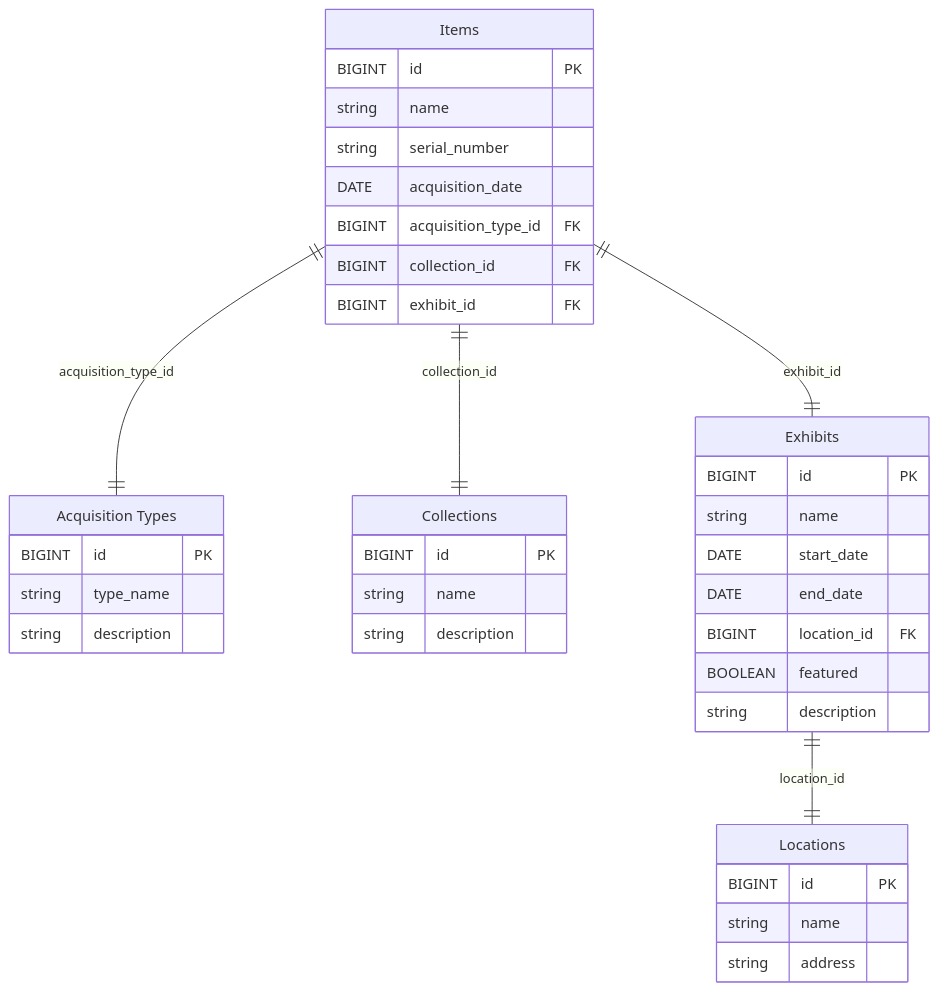
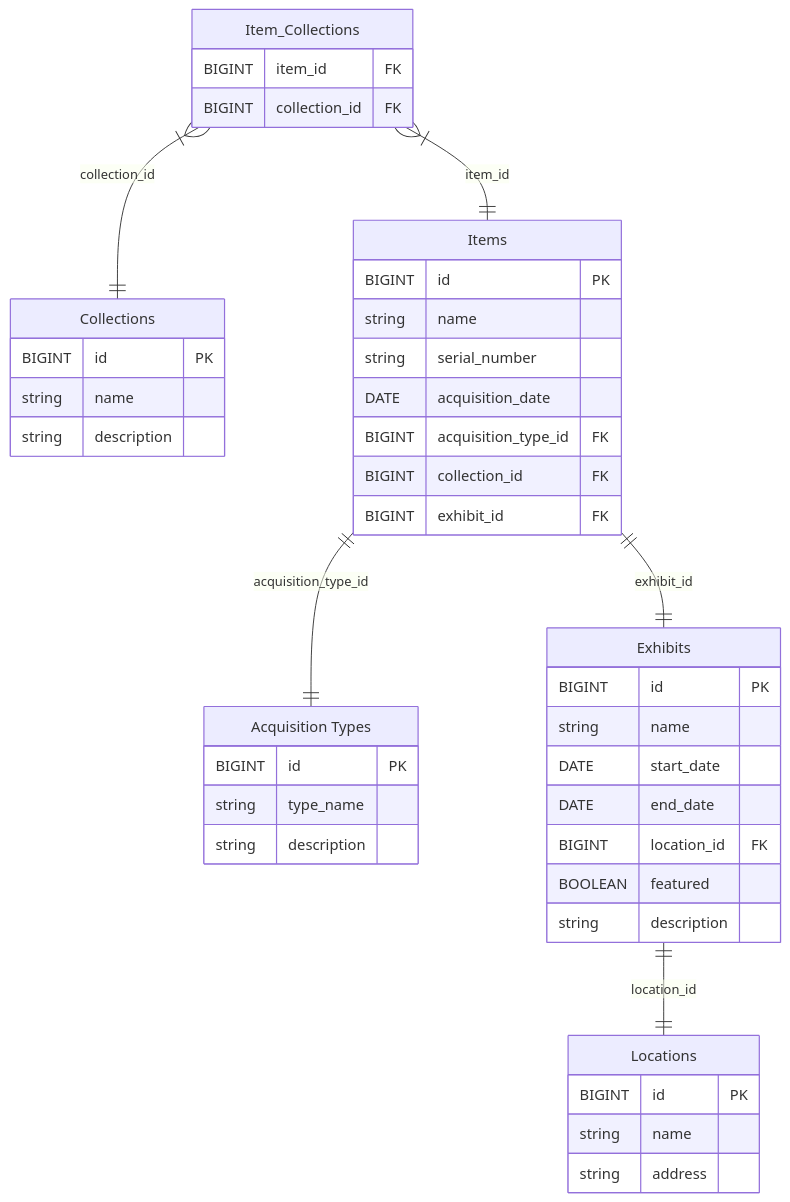
The diagram in beta_use_cases/museum_exhibits/README.md (mathesar-foundation/mathesar-data-playground), drawn with Mermaid before and after one commit. The commit also changed other lines of this file and 28 other files, not shown here.

````diff
--- a/beta_use_cases/museum_exhibits/README.md
+++ b/beta_use_cases/museum_exhibits/README.md
@@ -5,50 +5,56 @@
 ```mermaid
 %% https://mermaid.js.org/syntax/entityRelationshipDiagram.html
 
 erDiagram
     "Acquisition Types" {
         BIGINT id PK
         string type_name
         string description
     }
 
     "Collections" {
         BIGINT id PK
         string name
         string description
     }
 
     "Locations" {
         BIGINT id PK
         string name
         string address
     }
 
     "Exhibits" {
         BIGINT id PK
         string name
         DATE start_date
         DATE end_date
         BIGINT location_id FK
         BOOLEAN featured
         string description
     }
 
     "Items" {
         BIGINT id PK
         string name
         string serial_number
         DATE acquisition_date
         BIGINT acquisition_type_id FK
         BIGINT collection_id FK
         BIGINT exhibit_id FK
     }
 
+    "Item_Collections" {
+        BIGINT item_id FK
+        BIGINT collection_id FK
+    }
+
 %% Relationships
 %%  See: https://mermaid.js.org/syntax/entityRelationshipDiagram.html#relationship-syntax
     "Exhibits" ||--|| "Locations" : "location_id"
     "Items" ||--|| "Acquisition Types" : "acquisition_type_id"
-    "Items" ||--|| "Collections" : "collection_id"
     "Items" ||--|| "Exhibits" : "exhibit_id"
+    "Item_Collections" }|--|| "Items" : "item_id"
+    "Item_Collections" }|--|| "Collections" : "collection_id"
 
 ```
````
